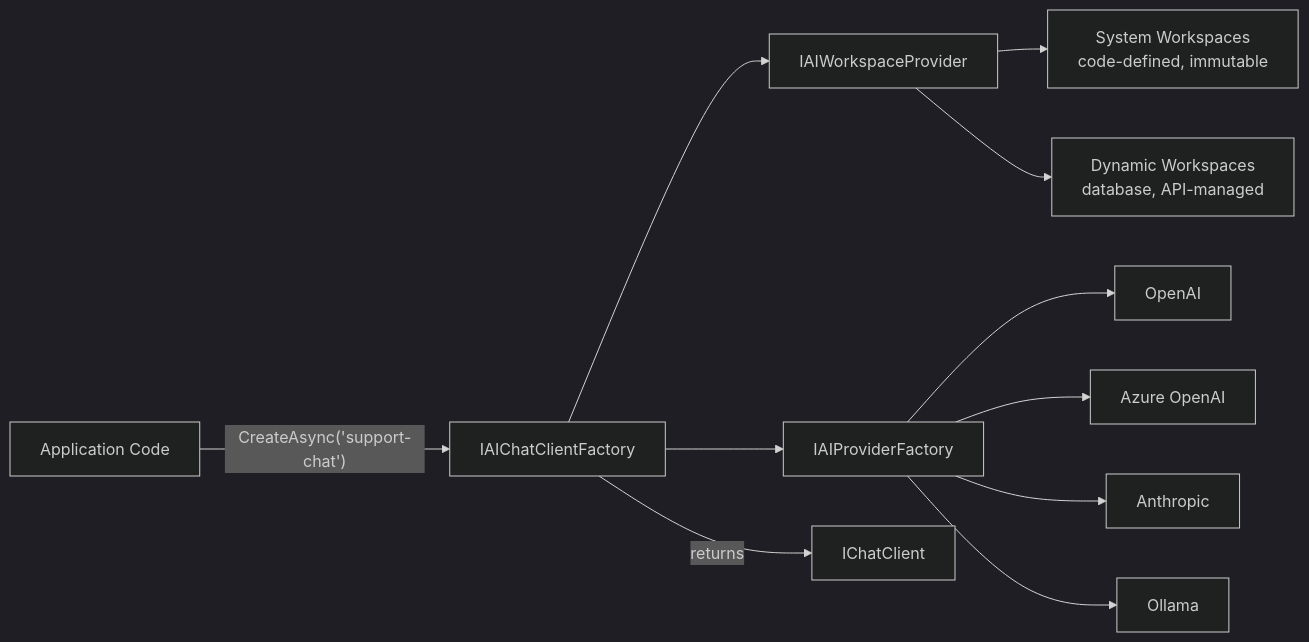
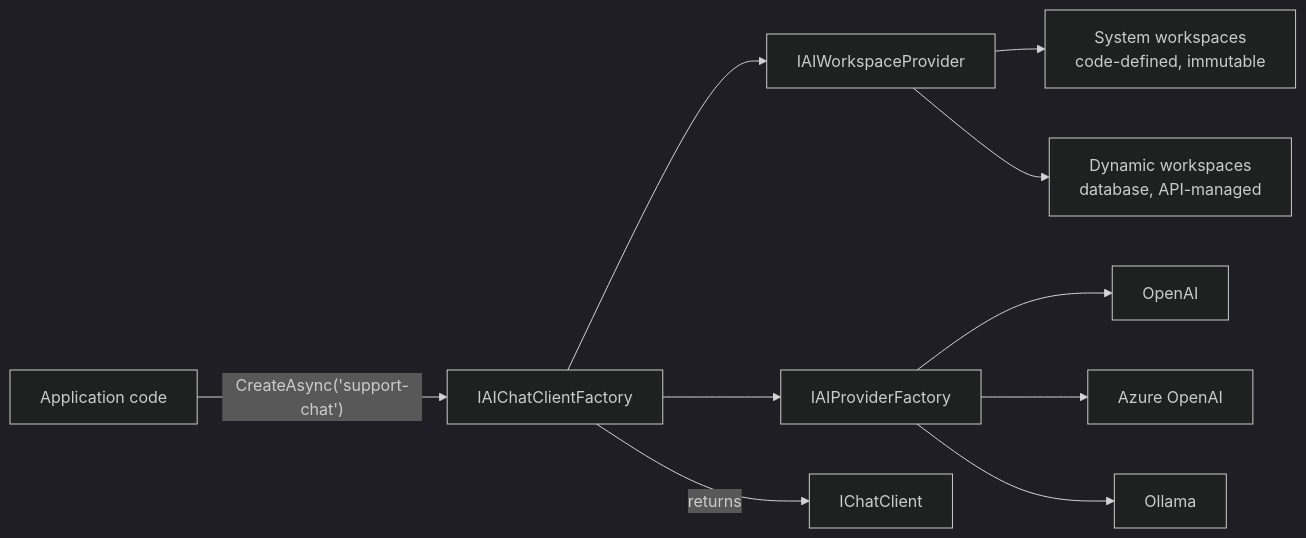
The diagram in src/content/docs/dotnet/ai/setup.mdx (granit-fx/granit-docs), drawn with Mermaid (dark theme) before and after one commit. The commit also changed other lines of this file and 28 other files, not shown here.

````diff
--- a/src/content/docs/dotnet/ai/setup.mdx
+++ b/src/content/docs/dotnet/ai/setup.mdx
@@ -230,13 +217,12 @@
 ```mermaid
 flowchart LR
-    App[Application Code] -->|"CreateAsync('support-chat')"| F[IAIChatClientFactory]
+    App[Application code] -->|"CreateAsync('support-chat')"| F[IAIChatClientFactory]
     F --> WP[IAIWorkspaceProvider]
-    WP --> SYS[System Workspaces<br/>code-defined, immutable]
-    WP --> DYN[Dynamic Workspaces<br/>database, API-managed]
+    WP --> SYS[System workspaces<br/>code-defined, immutable]
+    WP --> DYN[Dynamic workspaces<br/>database, API-managed]
     F --> PF[IAIProviderFactory]
     PF --> OAI[OpenAI]
     PF --> AAI[Azure OpenAI]
-    PF --> AN[Anthropic]
     PF --> OL[Ollama]
     F -->|returns| CC[IChatClient]
 ```
````
